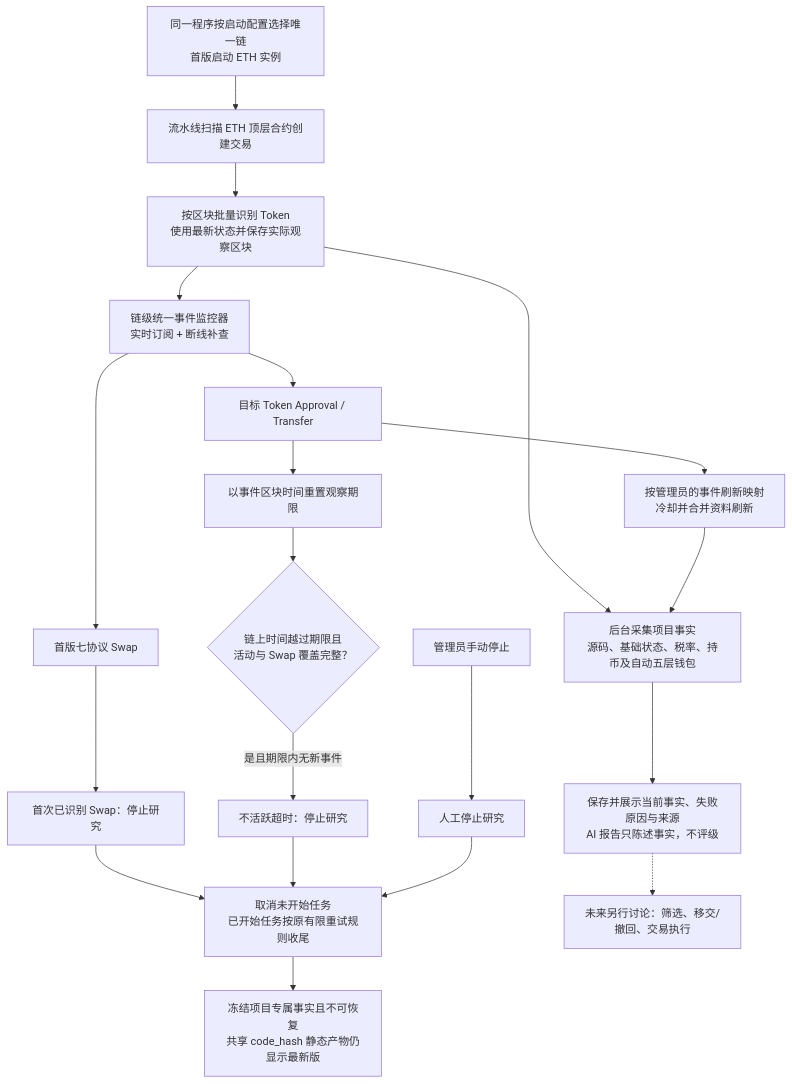
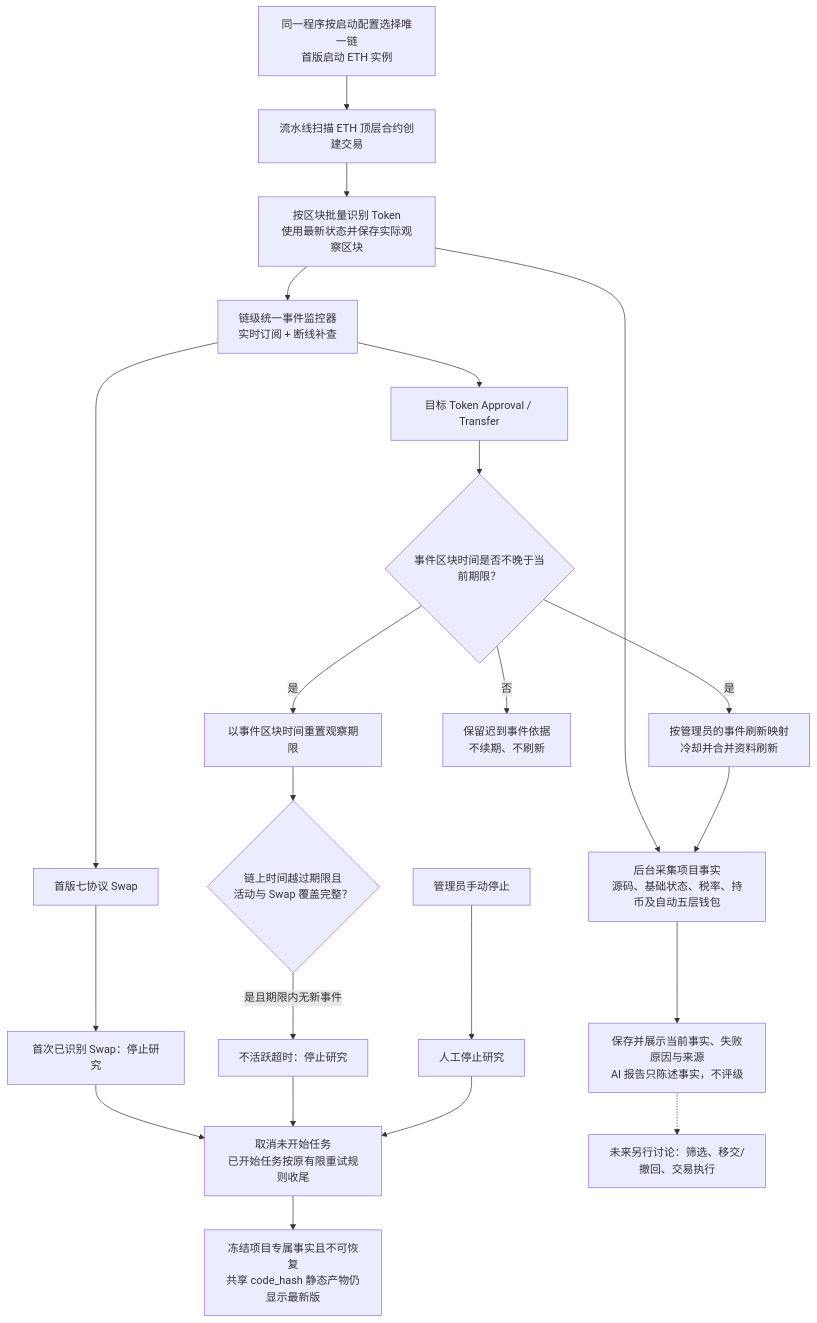
The diagram in docs/requirements/token/token-overall-flow.md (useryege/athena-o), drawn with Mermaid before and after one commit. The commit also changed other lines of this file and 16 other files, not shown here.

````diff
--- a/docs/requirements/token/token-overall-flow.md
+++ b/docs/requirements/token/token-overall-flow.md
@@ -11,26 +11,28 @@
 ```mermaid
 flowchart TD
     runtime["同一程序按启动配置选择唯一链<br/>首版启动 ETH 实例"] --> deployed["流水线扫描 ETH 顶层合约创建交易"]
     deployed --> identify["按区块批量识别 Token<br/>使用最新状态并保存实际观察区块"]
     identify --> collect["后台采集项目事实<br/>源码、基础状态、税率、持币及自动五层钱包"]
     collect --> display["保存并展示当前事实、失败原因与来源<br/>AI 报告只陈述事实，不评级"]
 
     identify --> monitor["链级统一事件监控器<br/>实时订阅 + 断线补查"]
     monitor --> activity["目标 Token Approval / Transfer"]
-    activity --> renew["以事件区块时间重置观察期限"]
-    activity --> refresh["按管理员的事件刷新映射<br/>冷却并合并资料刷新"]
+    activity --> activityEligible{"事件区块时间是否不晚于当前期限？"}
+    activityEligible -->|是| renew["以事件区块时间重置观察期限"]
+    activityEligible -->|是| refresh["按管理员的事件刷新映射<br/>冷却并合并资料刷新"]
+    activityEligible -->|否| late["保留迟到事件依据<br/>不续期、不刷新"]
     refresh --> collect
 
     monitor --> swap["首版七协议 Swap"]
     swap --> stopSwap["首次已识别 Swap：停止研究"]
     renew --> timeout{"链上时间越过期限且<br/>活动与 Swap 覆盖完整？"}
     timeout -->|是且期限内无新事件| stopTimeout["不活跃超时：停止研究"]
     admin["管理员手动停止"] --> stopManual["人工停止研究"]
 
     stopSwap --> settle["取消未开始任务<br/>已开始任务按原有限重试规则收尾"]
     stopTimeout --> settle
     stopManual --> settle
     settle --> freeze["冻结项目专属事实且不可恢复<br/>共享 code_hash 静态产物仍显示最新版"]
 
     display -.-> future["未来另行讨论：筛选、移交/撤回、交易执行"]
 ```
````
